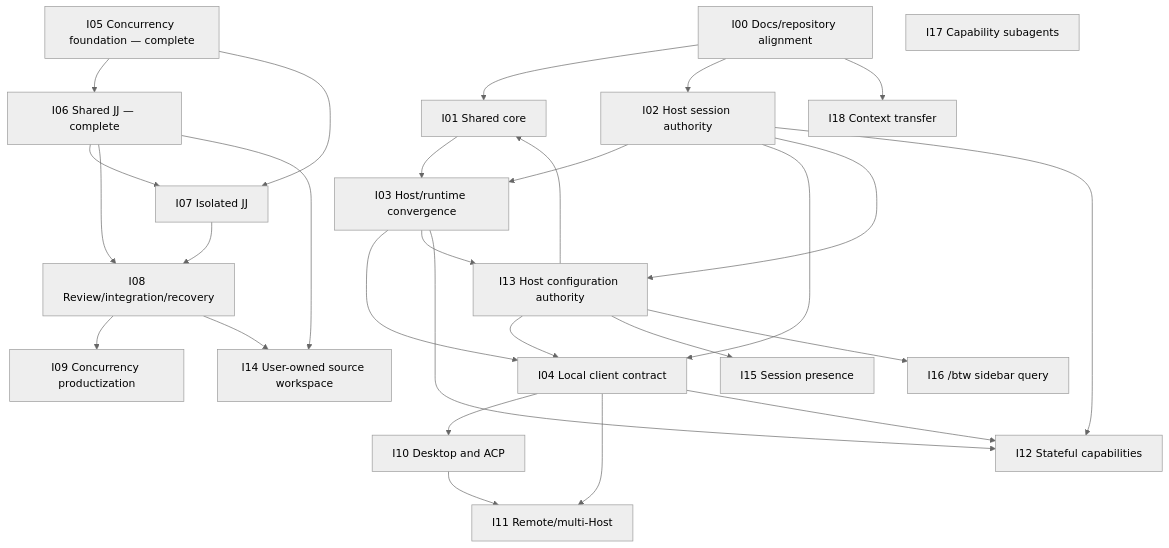
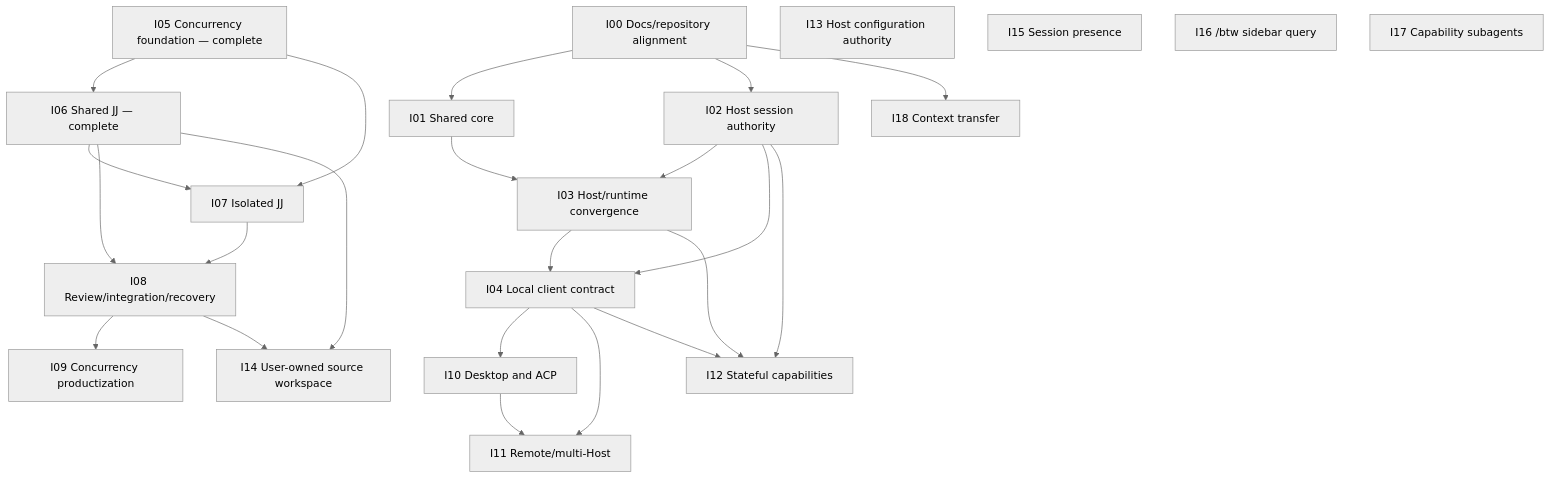
One commit to xavierchanth/pi-guardian changed the diagram in docs/roadmap/README.md. Above: the diagram before and after it, drawn with Mermaid (neutral theme). The commit also changed other lines of this file and 14 other files, not shown here.

````diff
--- a/docs/roadmap/README.md
+++ b/docs/roadmap/README.md
@@ -48,52 +48,46 @@
 ```mermaid
 graph TD
   I00[I00 Docs/repository alignment]
   I01[I01 Shared core]
   I02[I02 Host session authority]
   I03[I03 Host/runtime convergence]
   I04[I04 Local client contract]
   I05[I05 Concurrency foundation — complete]
   I06[I06 Shared JJ — complete]
   I07[I07 Isolated JJ]
   I08[I08 Review/integration/recovery]
   I09[I09 Concurrency productization]
   I10[I10 Desktop and ACP]
   I11[I11 Remote/multi-Host]
   I12[I12 Stateful capabilities]
   I13[I13 Host configuration authority]
   I14[I14 User-owned source workspace]
   I15[I15 Session presence]
   I16[I16 /btw sidebar query]
   I17[I17 Capability subagents]
   I18[I18 Context transfer]
 
   I00 --> I01
   I00 --> I02
   I01 --> I03
   I02 --> I03
   I02 --> I04
   I03 --> I04
-  I02 --> I13
-  I03 --> I13
-  I13 --> I01
-  I13 --> I04
-  I13 --> I15
-  I13 --> I16
   I00 --> I18
 
   I05 --> I06
   I05 --> I07
   I06 --> I07
   I06 --> I08
   I07 --> I08
   I08 --> I09
   I06 --> I14
   I08 --> I14
 
   I04 --> I10
   I04 --> I11
   I10 --> I11
   I02 --> I12
   I03 --> I12
   I04 --> I12
 ```
````
